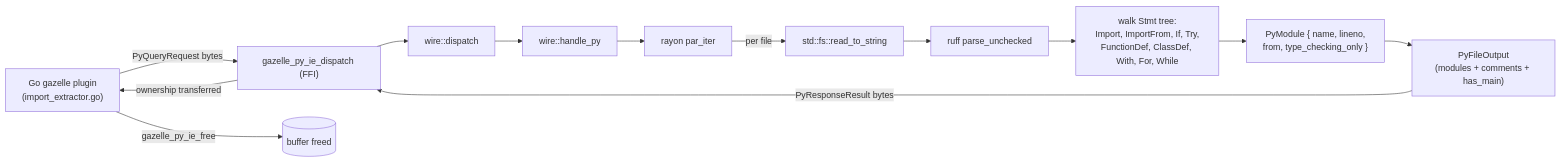
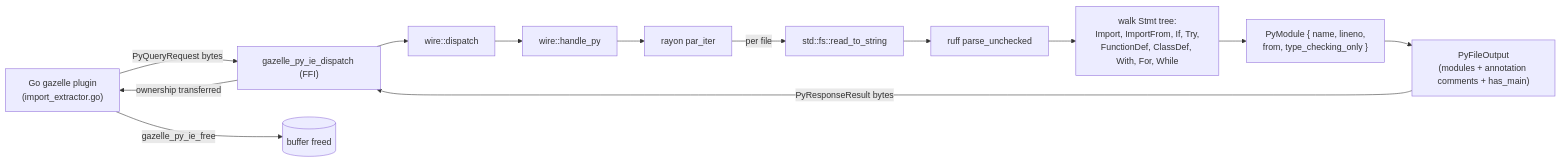
Before and after one commit to perplexityai/gazelle_py: the diagram in crates/import_extractor/README.md, drawn with Mermaid. The commit also changed other lines of this file and 65 other files, not shown here.

````diff
--- a/crates/import_extractor/README.md
+++ b/crates/import_extractor/README.md
@@ -11,15 +11,15 @@
 ```mermaid
 flowchart LR
     Caller["Go gazelle plugin\n(import_extractor.go)"] -- "PyQueryRequest bytes" --> ffi["gazelle_py_ie_dispatch (FFI)"]
     ffi --> wire["wire::dispatch"]
     wire --> handle["wire::handle_py"]
     handle --> par["rayon par_iter"]
     par -->|"per file"| read["std::fs::read_to_string"]
     read --> parse["ruff parse_unchecked"]
     parse --> visit["walk Stmt tree:\nImport, ImportFrom, If, Try,\nFunctionDef, ClassDef, With, For, While"]
     visit --> emit["PyModule { name, lineno,\nfrom, type_checking_only }"]
-    emit --> resp["PyFileOutput\n(modules + comments + has_main)"]
+    emit --> resp["PyFileOutput\n(modules + annotation comments + has_main)"]
     resp -- "PyResponseResult bytes" --> ffi
     ffi -- "ownership transferred" --> Caller
     Caller -- "gazelle_py_ie_free" --> Drop[(buffer freed)]
 ```
````
